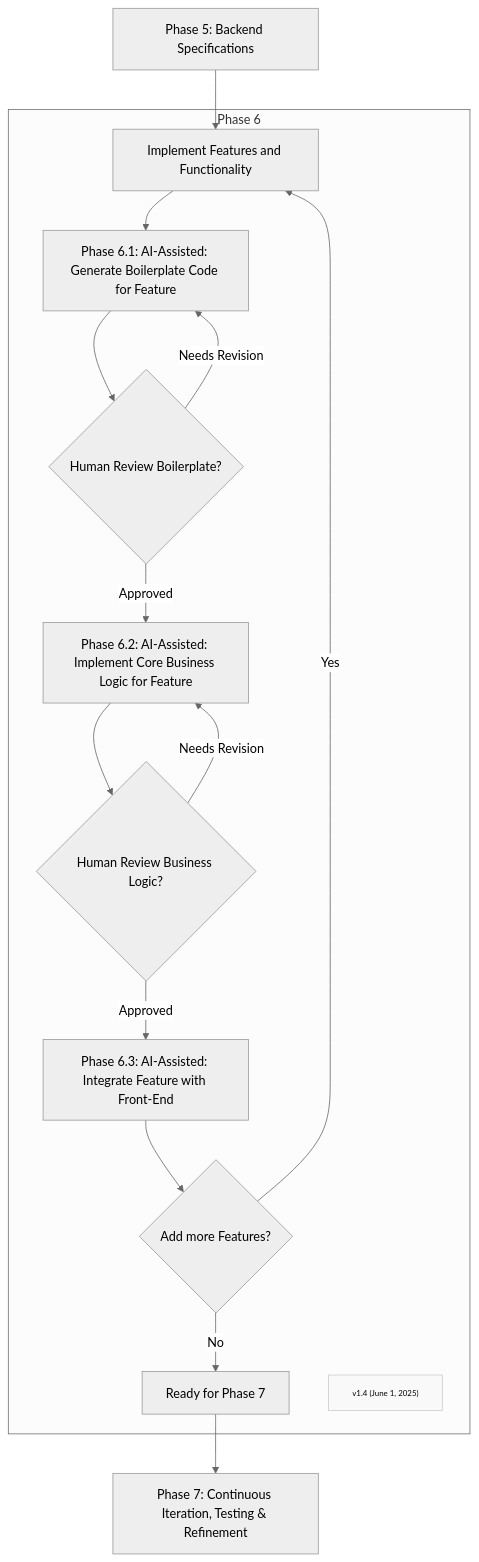
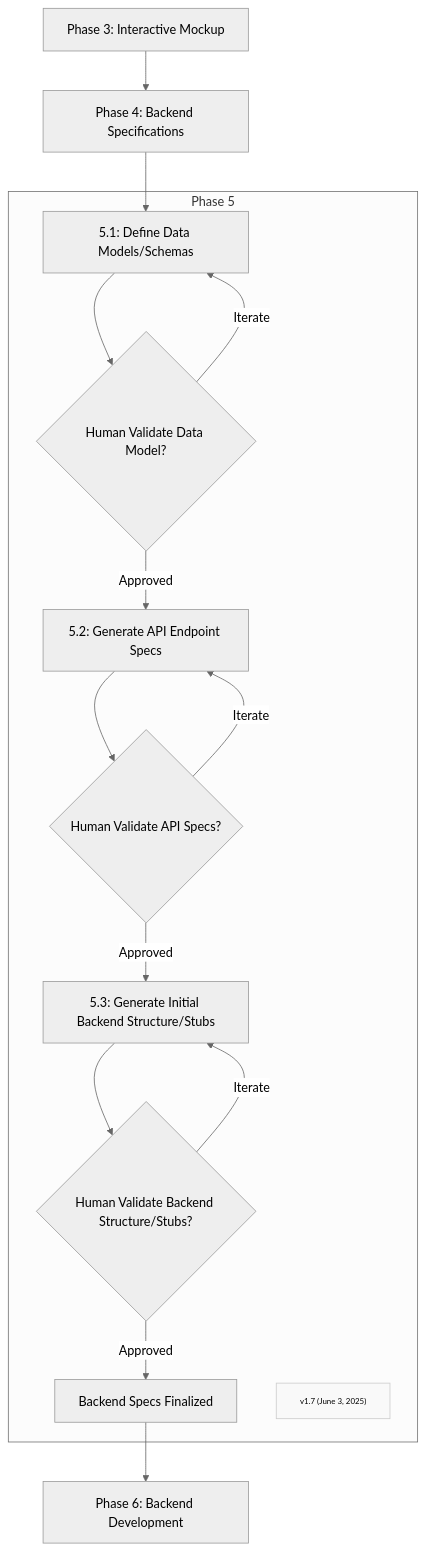
One commit to Mharbulous/Front-First-Method changed the diagram in Phases/FF-phase6.md. Above: the diagram before and after it, drawn with Mermaid (neutral theme). The commit also changed other lines of this file and 4 other files, not shown here.

````diff
--- a/Phases/FF-phase6.md
+++ b/Phases/FF-phase6.md
@@ -2,22 +1,29 @@
 ```mermaid
 graph TD
-    D_Spec["Phase 5: Backend Specifications"] --> D_Loop_Start["Implement Features and Functionality"]
+
     
-    subgraph Phase6 ["Phase 6"]
-        D_Loop_Start --> Phase6_1["Phase 6.1: AI-Assisted: Generate Boilerplate Code for Feature"]
-        Phase6_1 --> Phase6_1_Val{"Human Review Boilerplate?"}
-        Phase6_1_Val -->|Needs Revision| Phase6_1
-        Phase6_1_Val -->|Approved| Phase6_2["Phase 6.2: AI-Assisted: Implement Core Business Logic for Feature"]
-        Phase6_2 --> Phase6_2_Val{"Human Review Business Logic?"}
-        Phase6_2_Val -->|Needs Revision| Phase6_2
-        Phase6_2_Val -->|Approved| Phase6_3["Phase 6.3: AI-Assisted: Integrate Feature with Front-End"]
-        Phase6_3 --> D_Loop_Check{"Add more Features?"}
-        D_Loop_Check -->|Yes| D_Loop_Start
-        D_Loop_Check -->|No| ReadyForPhase7["Ready for Phase 7"]
-        Version["v1.4 (June 1, 2025)"]
+        Phase3["Phase 3: Interactive Mockup"] --> Phase4["Phase 4: Backend Specifications"]
+        Phase4 --> Phase5_1        
+    
+
+    subgraph Phase5["Phase 5"]
+        
+        Phase5_1["5.1: Define Data Models/Schemas"]    
+        Phase5_1 --> Phase5_1_Val{"Human Validate Data Model?"}
+        Phase5_1_Val -->|Iterate| Phase5_1
+        Phase5_1_Val -->|Approved| Phase5_2["5.2: Generate API Endpoint Specs"]
+        Phase5_2 --> Phase5_2_Val{"Human Validate API Specs?"}
+        Phase5_2_Val -->|Iterate| Phase5_2
+        Phase5_2_Val -->|Approved| Phase5_3["5.3: Generate Initial Backend Structure/Stubs"]
+        Phase5_3 --> Phase5_3_Val{"Human Validate Backend Structure/Stubs?"}
+        Phase5_3_Val -->|Iterate| Phase5_3
+        Phase5_3_Val -->|Approved| BackendSpecsFinalized["Backend Specs Finalized"]
+        Version["v1.7 (June 3, 2025)"]
         classDef version fill:#f9f9f9,stroke:#ccc,font-size:10px
         class Version version
     end
+ 
 
-ReadyForPhase7 --> Phase7["Phase 7: Continuous Iteration, Testing & Refinement"]
+
+BackendSpecsFinalized --> Phase6["Phase 6: Backend Development"]
 ```
````
